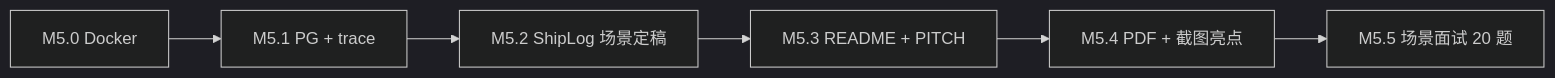
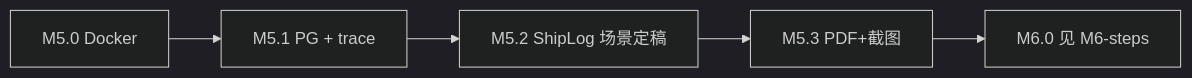
One commit to bigcabbag/ShipLog changed the first of 2 diagrams in docs/steps/M5-steps.md. Above: the diagram before and after it, drawn with Mermaid (dark theme). The commit also changed other lines of this file and 27 other files, not shown here.

First line of the commit message:
feat(M5.3): nginx 同源反代 + 截图读图（通义 Qwen3.7-Flash）

````diff
--- a/docs/steps/M5-steps.md
+++ b/docs/steps/M5-steps.md
@@ -13,8 +13,7 @@
 ```mermaid
 flowchart LR
   M50[M5.0 Docker] --> M51[M5.1 PG + trace]
   M51 --> M52[M5.2 ShipLog 场景定稿]
-  M52 --> M53[M5.3 README + PITCH]
-  M53 --> M54[M5.4 PDF + 截图亮点]
-  M54 --> M55[M5.5 场景面试 20 题]
+  M52 --> M53[M5.3 PDF+截图]
+  M53 --> M60[M6.0 见 M6-steps]
 ```
````
